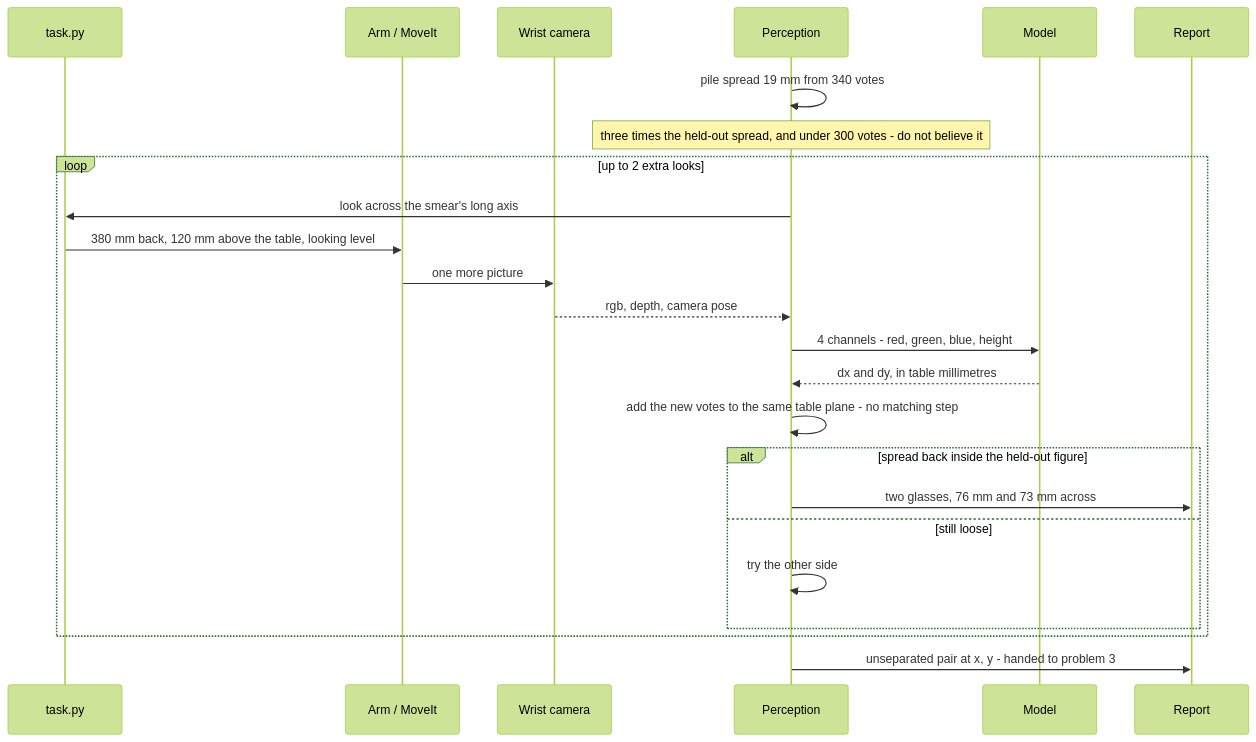
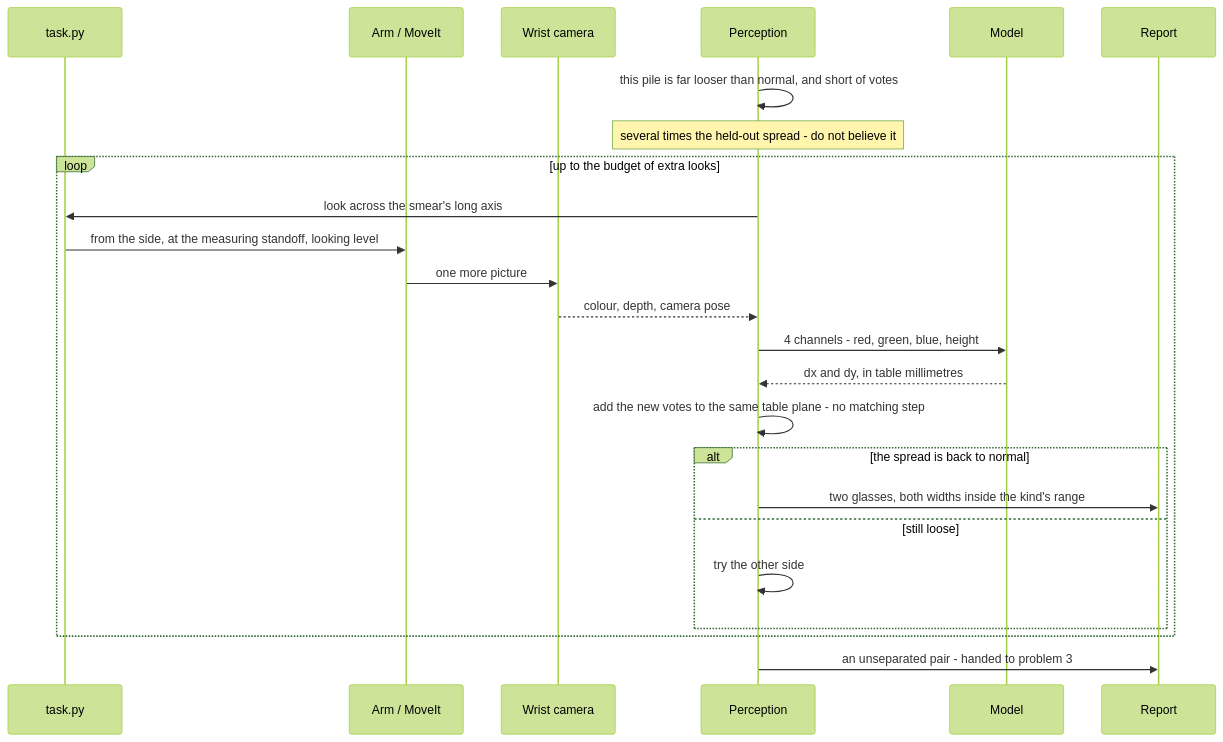
The second of 3 diagrams in v5-pick-glasses/docs/problem-2/solutions/08-per-pixel-votes-for-the-centre.md (RobinNagpal/robot-arm-projects), drawn with Mermaid (forest theme) before and after one commit. The commit also changed other lines of this file, not shown here.

````diff
--- a/v5-pick-glasses/docs/problem-2/solutions/08-per-pixel-votes-for-the-centre.md
+++ b/v5-pick-glasses/docs/problem-2/solutions/08-per-pixel-votes-for-the-centre.md
@@ -351,26 +370,26 @@
 ```mermaid
 sequenceDiagram
     participant T as task.py
     participant A as Arm / MoveIt
     participant C as Wrist camera
     participant P as Perception
     participant M as Model
     participant R as Report
-    P->>P: pile spread 19 mm from 340 votes
-    Note over P: three times the held-out spread, and under 300 votes - do not believe it
-    loop up to 2 extra looks
+    P->>P: this pile is far looser than normal, and short of votes
+    Note over P: several times the held-out spread - do not believe it
+    loop up to the budget of extra looks
         P->>T: look across the smear's long axis
-        T->>A: 380 mm back, 120 mm above the table, looking level
+        T->>A: from the side, at the measuring standoff, looking level
         A->>C: one more picture
-        C-->>P: rgb, depth, camera pose
+        C-->>P: colour, depth, camera pose
         P->>M: 4 channels - red, green, blue, height
         M-->>P: dx and dy, in table millimetres
         P->>P: add the new votes to the same table plane - no matching step
-        alt spread back inside the held-out figure
-            P->>R: two glasses, 76 mm and 73 mm across
+        alt the spread is back to normal
+            P->>R: two glasses, both widths inside the kind's range
         else still loose
             P->>P: try the other side
         end
     end
-    P->>R: unseparated pair at x, y - handed to problem 3
+    P->>R: an unseparated pair - handed to problem 3
 ```
````
